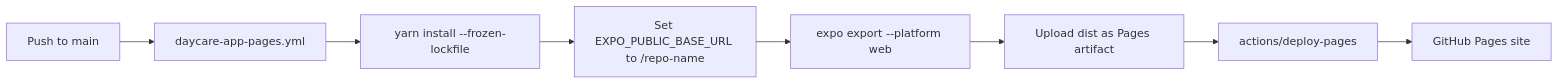
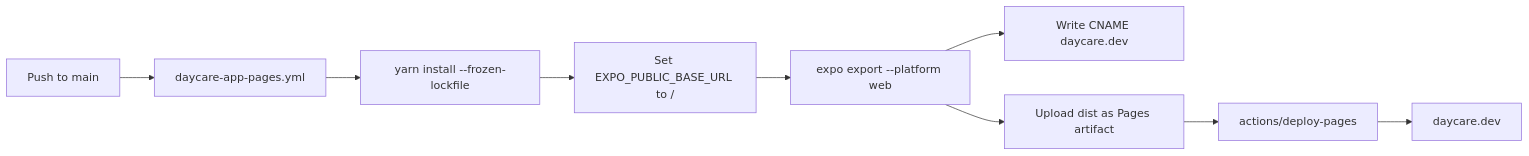
Before and after one commit to ex3ndr/daycare: the diagram in doc/internals/daycare-app-github-pages.md, drawn with Mermaid. The commit also changed other lines of this file and 1 other file, not shown here.

Commit message:
feat(daycare-app): deploy pages at daycare.dev

````diff
--- a/doc/internals/daycare-app-github-pages.md
+++ b/doc/internals/daycare-app-github-pages.md
@@ -7,10 +7,11 @@
 ```mermaid
 flowchart LR
     Push[Push to main] --> Workflow[daycare-app-pages.yml]
     Workflow --> Install[yarn install --frozen-lockfile]
-    Install --> BaseUrl[Set EXPO_PUBLIC_BASE_URL to /repo-name]
+    Install --> BaseUrl[Set EXPO_PUBLIC_BASE_URL to /]
     BaseUrl --> Export[expo export --platform web]
+    Export --> Domain[Write CNAME daycare.dev]
     Export --> Artifact[Upload dist as Pages artifact]
     Artifact --> Deploy[actions/deploy-pages]
-    Deploy --> Site[GitHub Pages site]
+    Deploy --> Site[daycare.dev]
 ```
````
